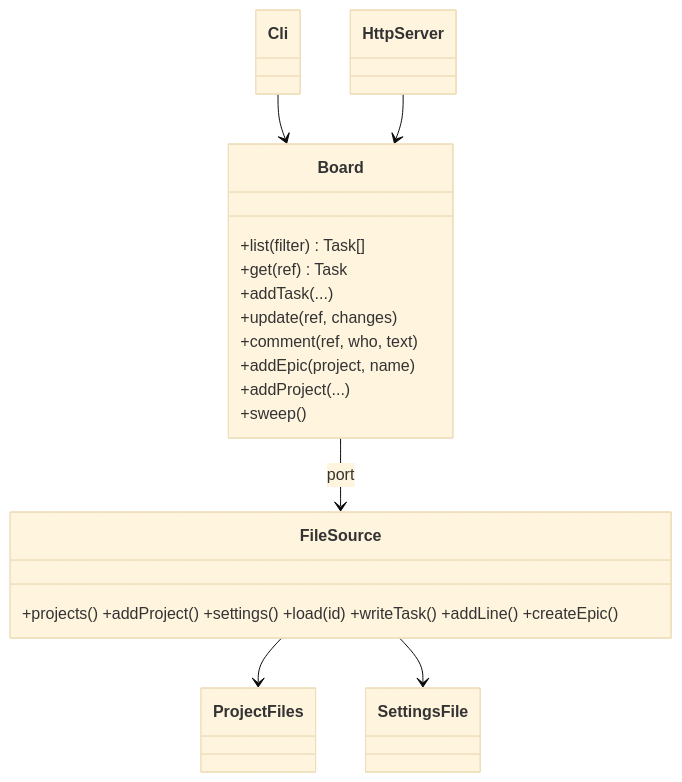
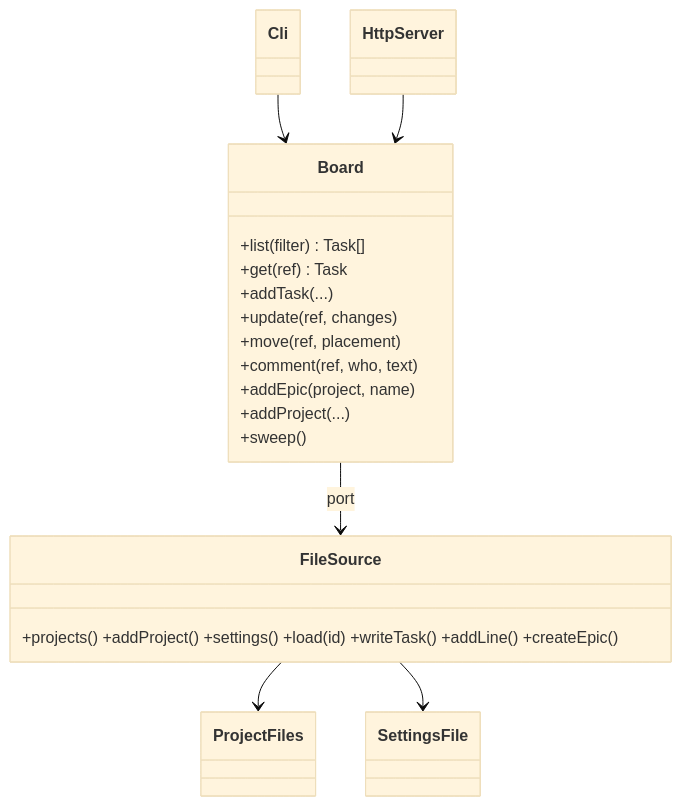
The diagram in Docs/Architecture.md (TabuNuf/doit), drawn with Mermaid (base theme) before and after one commit. The commit also changed other lines of this file and 7 other files, not shown here.

````diff
--- a/Docs/Architecture.md
+++ b/Docs/Architecture.md
@@ -36,23 +36,24 @@
 ```mermaid
 classDiagram
   class Board {
     +list(filter) Task[]
     +get(ref) Task
     +addTask(...)
     +update(ref, changes)
+    +move(ref, placement)
     +comment(ref, who, text)
     +addEpic(project, name)
     +addProject(...)
     +sweep()
   }
   class FileSource { +projects() +addProject() +settings() +load(id) +writeTask() +addLine() +createEpic() }
   class ProjectFiles
   class SettingsFile
   class Cli
   class HttpServer
   Board --> FileSource : port
   FileSource --> ProjectFiles
   FileSource --> SettingsFile
   Cli --> Board
   HttpServer --> Board
 ```
````
